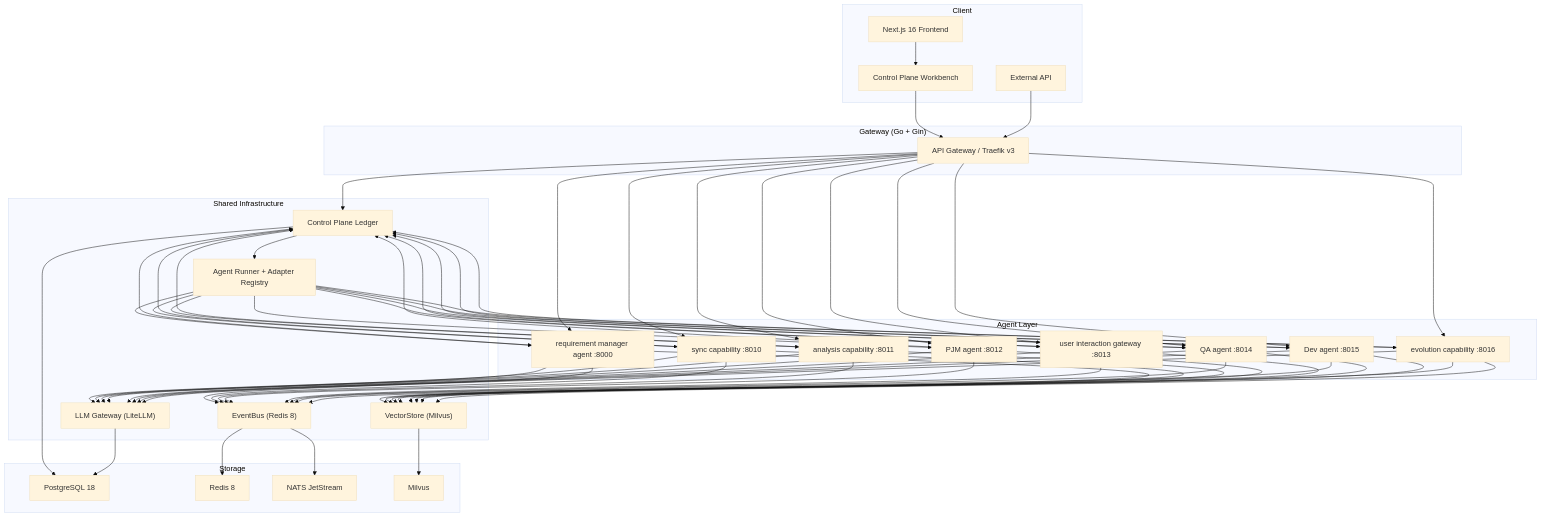
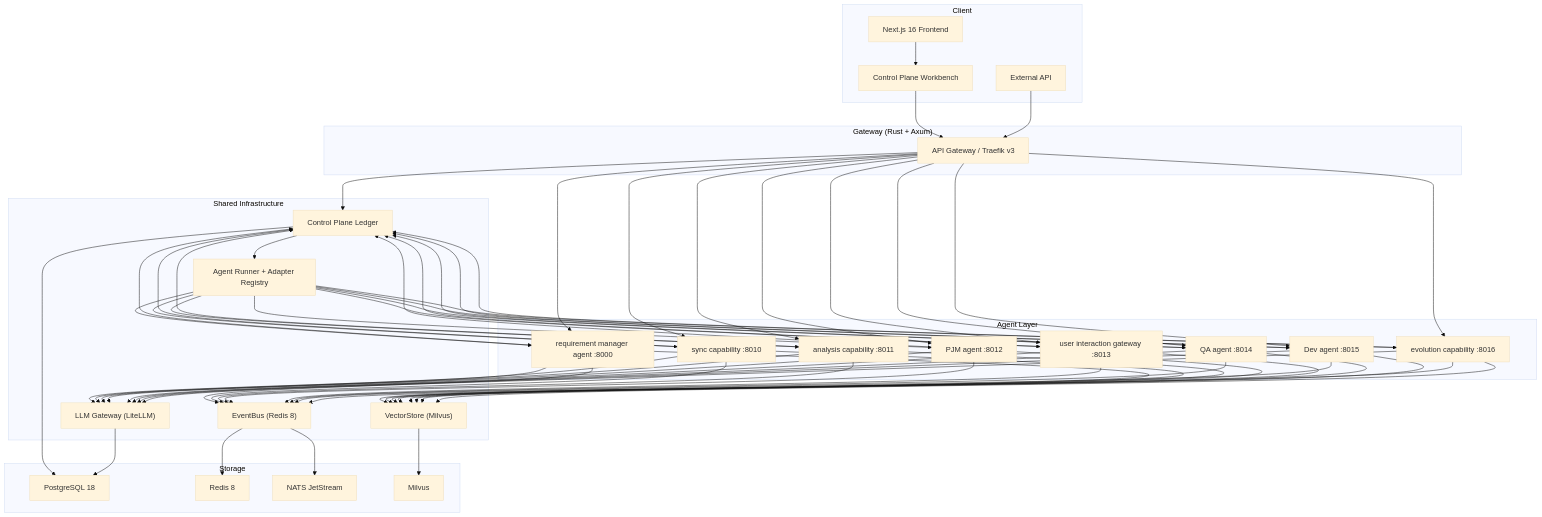
The diagram in docs/README.md (Wisdoverse/Wisdoverse-Cell), drawn with Mermaid (base theme) before and after one commit. The commit also changed other lines of this file and 108 other files, not shown here.

````diff
--- a/docs/README.md
+++ b/docs/README.md
@@ -28,51 +28,51 @@
 ```mermaid
 graph TD
     subgraph Client["Client"]
         FE["Next.js 16 Frontend"]
         WB["Control Plane Workbench"]
         ExtAPI["External API"]
     end
 
-    subgraph Gateway["Gateway (Go + Gin)"]
+    subgraph Gateway["Gateway (Rust + Axum)"]
         GW["API Gateway / Traefik v3"]
     end
 
     subgraph Agents["Agent Layer"]
         RM["requirement manager agent :8000"]
         SA["sync capability :8010"]
         AA["analysis capability :8011"]
         PM["PJM agent :8012"]
         CA["user interaction gateway :8013"]
         QA["QA agent :8014"]
         DA["Dev agent :8015"]
         EA["evolution capability :8016"]
     end
 
     subgraph Shared["Shared Infrastructure"]
         CP["Control Plane Ledger"]
         RUN["Agent Runner + Adapter Registry"]
         EB["EventBus (Redis 8)"]
         LLM["LLM Gateway (LiteLLM)"]
         VS["VectorStore (Milvus)"]
     end
 
     subgraph Storage["Storage"]
         PG["PostgreSQL 18"]
         RD["Redis 8"]
         NATS["NATS JetStream"]
         MV["Milvus"]
     end
 
     FE --> WB --> GW
     ExtAPI --> GW
     GW --> CP
     GW --> RM & SA & AA & PM & CA & QA & DA & EA
     CP --> RUN
     RUN --> RM & SA & AA & PM & CA & QA & DA & EA
     RM & SA & AA & PM & CA & QA & DA & EA --> CP & EB & LLM & VS
     CP --> PG
     EB --> RD
     LLM --> PG
     VS --> MV
     EB --> NATS
 ```
````
